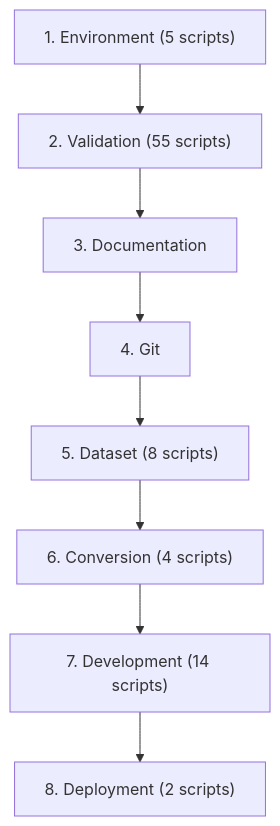
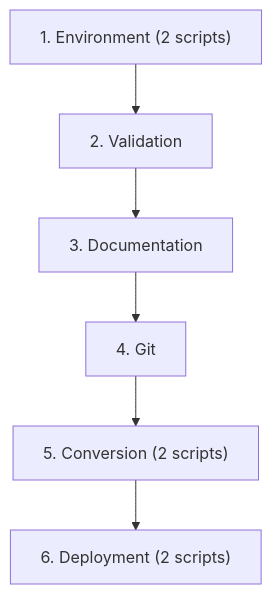
One commit to chanuka8/argus-gait-recognition changed the second of 3 diagrams in scripts/README.md. Above: the diagram before and after it, drawn with Mermaid. The commit also changed other lines of this file and 334 other files, not shown here.

````diff
--- a/scripts/README.md
+++ b/scripts/README.md
@@ -1139,18 +143,14 @@
 ```mermaid
 flowchart TD
-    step1["1. Environment (5 scripts)"]
-    step2["2. Validation (55 scripts)"]
+    step1["1. Environment (2 scripts)"]
+    step2["2. Validation"]
     step1 --> step2
     step3["3. Documentation"]
     step2 --> step3
     step4["4. Git"]
     step3 --> step4
-    step5["5. Dataset (8 scripts)"]
+    step5["5. Conversion (2 scripts)"]
     step4 --> step5
-    step6["6. Conversion (4 scripts)"]
+    step6["6. Deployment (2 scripts)"]
     step5 --> step6
-    step7["7. Development (14 scripts)"]
-    step6 --> step7
-    step8["8. Deployment (2 scripts)"]
-    step7 --> step8
 ```
````
